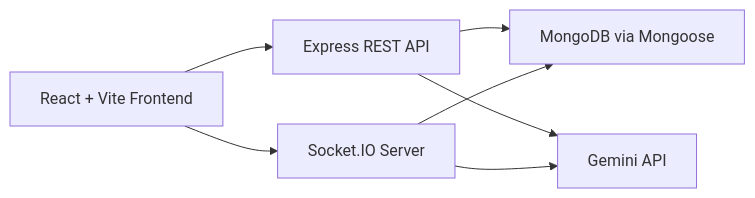
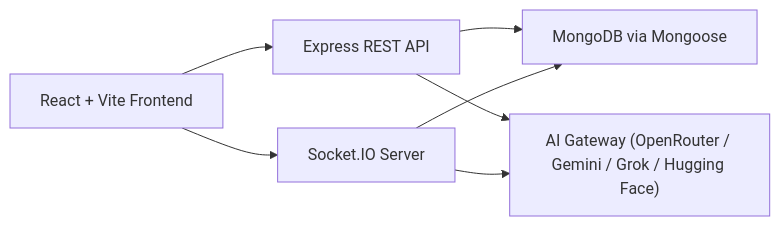
One commit to Ganesh172919/ChatSphere changed the diagram in ARCHITECTURE.md. Above: the diagram before and after it, drawn with Mermaid. The commit also changed other lines of this file and 28 other files, not shown here.

````diff
--- a/ARCHITECTURE.md
+++ b/ARCHITECTURE.md
@@ -5,9 +5,9 @@
 ```mermaid
 flowchart LR
   UI["React + Vite Frontend"] --> API["Express REST API"]
   UI --> WS["Socket.IO Server"]
   API --> DB["MongoDB via Mongoose"]
   WS --> DB
-  API --> AI["Gemini API"]
+  API --> AI["AI Gateway (OpenRouter / Gemini / Grok / Hugging Face)"]
   WS --> AI
 ```
````
